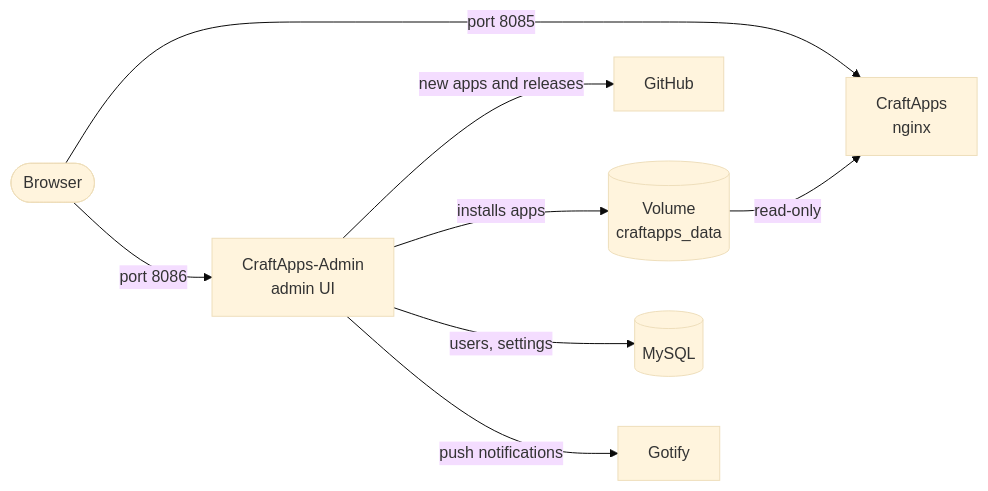
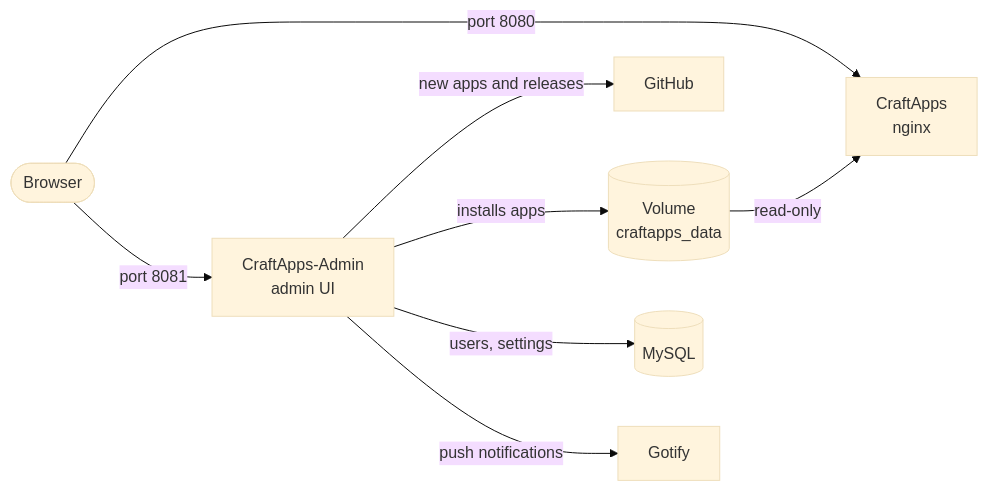
One commit to Pr0gh4nt3r/CraftApps changed the second of 4 diagrams in README.md. Above: the diagram before and after it, drawn with Mermaid (base theme). The commit also changed other lines of this file and 2 other files, not shown here.

````diff
--- a/README.md
+++ b/README.md
@@ -72,10 +72,10 @@
 ```mermaid
 flowchart LR
-  browser(["Browser"]) -->|"port 8085"| web["CraftApps<br/>nginx"]
-  browser -->|"port 8086"| admin["CraftApps-Admin<br/>admin UI"]
+  browser(["Browser"]) -->|"port 8080"| web["CraftApps<br/>nginx"]
+  browser -->|"port 8081"| admin["CraftApps-Admin<br/>admin UI"]
   admin -->|"new apps and releases"| github["GitHub"]
   admin -->|"installs apps"| data[("Volume<br/>craftapps_data")]
   data -->|"read-only"| web
   admin -->|"users, settings"| mysql[("MySQL")]
   admin -->|"push notifications"| gotify["Gotify"]
 ```
````
